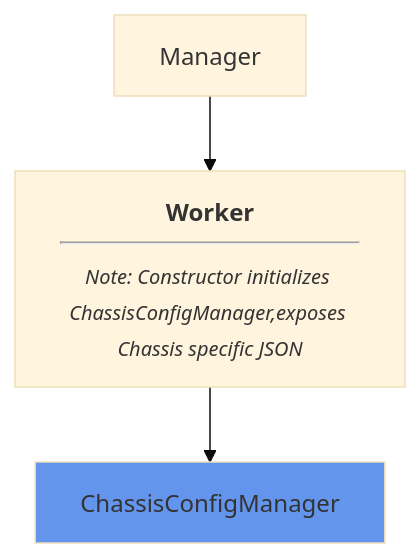
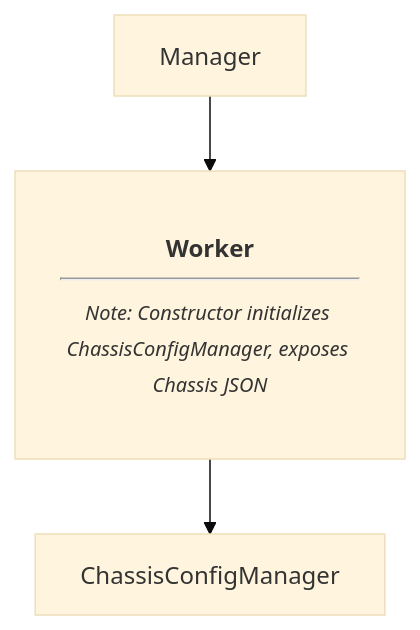
Before and after one commit to souvik1914581/openpower-vpd-parser: the second of 2 diagrams in docs/chassis-manager.md, drawn with Mermaid (base theme). The commit also changed other lines of this file, not shown here.

Commit message:
Fix formatting and improve notes in chassis-manager.md

````diff
--- a/docs/chassis-manager.md
+++ b/docs/chassis-manager.md
@@ -141,8 +148,11 @@
 ```mermaid
 graph TB
-    A[Manager] --> B["<b>Worker</b><hr/><small><i>Note: Constructor initializes ChassisConfigManager,exposes Chassis specific JSON<br/></i></small>"]
+    A[Manager] --> B["<b>Worker</b><hr/><small><i>Note: Constructor initializes ChassisConfigManager, exposes Chassis JSON<br/></i></small>"]
     B --> C[ChassisConfigManager]
-   
-    style C fill:#6495ED
 
+    %% Apply the padding class to Node C
+    class B paddedNode
+    
+    %% Define the class
+    classDef paddedNode padding:100px
 ```
````
